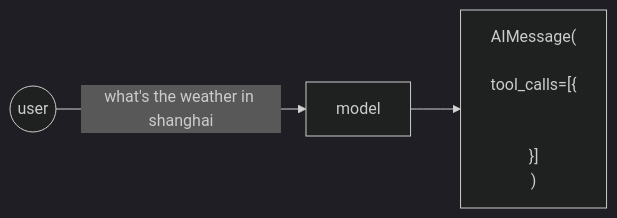
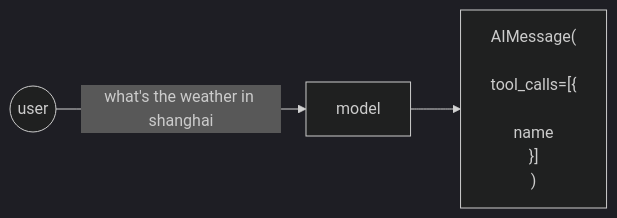
Before and after one commit to ka1fe1/iodraw-files: the diagram in all/未命名-28.md, drawn with Mermaid (dark theme).

Commit message:
2024-10-22 17:45:05 update

````diff
--- a/all/未命名-28.md
+++ b/all/未命名-28.md
@@ -1,12 +1,12 @@
 ```mermaid
 flowchart LR
     s1((user))
     s2["model"]
     s3["AIMessage(<br>
         tool_calls=[{<br>
-        
+            name
         }]
     )"]
 
     s1 -->|what's the weather in shanghai| s2 --> s3
 ```
````
